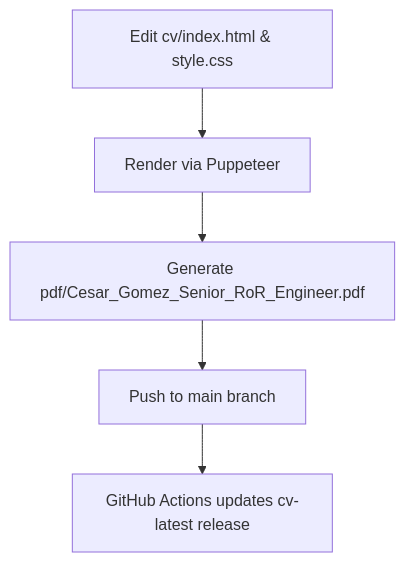
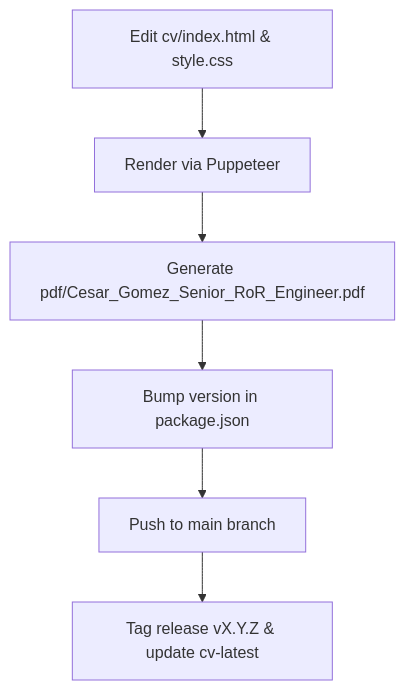
One commit to cesargomez89/resume changed the diagram in AGENTS.md. Above: the diagram before and after it, drawn with Mermaid. The commit also changed other lines of this file, not shown here.

Commit message:
docs: define semantic versioning and release workflow in AGENTS.md

````diff
--- a/AGENTS.md
+++ b/AGENTS.md
@@ -10,7 +10,8 @@
 ```mermaid
 flowchart TD
     A["Edit cv/index.html & style.css"] --> B["Render via Puppeteer"]
     B --> C["Generate pdf/Cesar_Gomez_Senior_RoR_Engineer.pdf"]
-    C --> D["Push to main branch"]
-    D --> E["GitHub Actions updates cv-latest release"]
+    C --> D["Bump version in package.json"]
+    D --> E["Push to main branch"]
+    E --> F["Tag release vX.Y.Z & update cv-latest"]
 ```
````
